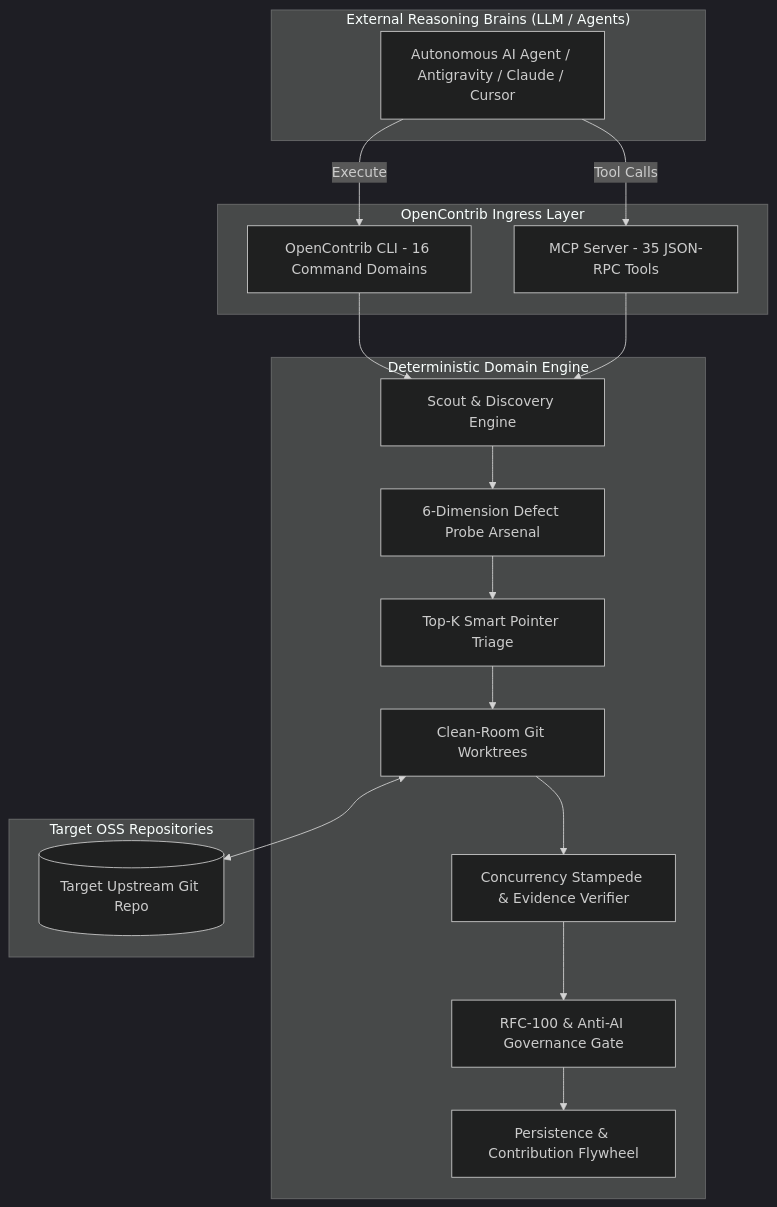
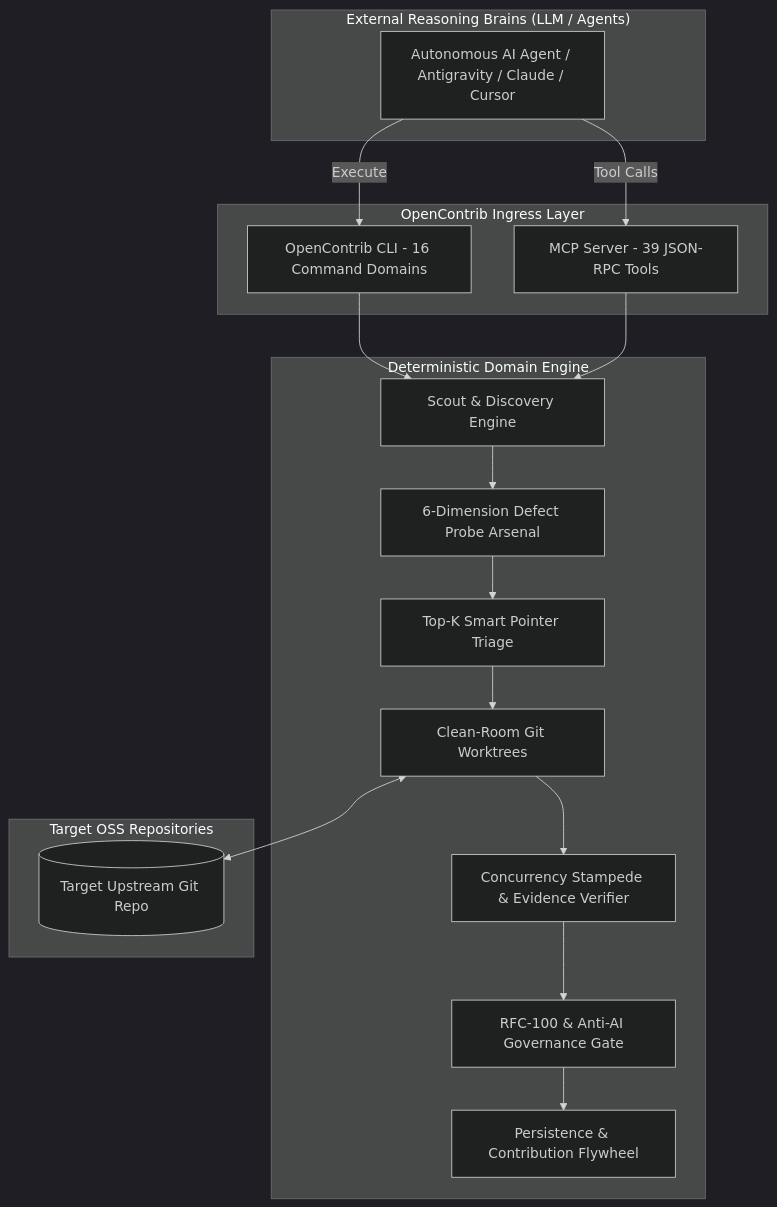
One commit to MeiSiristhebest/opencontrib changed the diagram in ARCHITECTURE.md. Above: the diagram before and after it, drawn with Mermaid (dark theme). The commit also changed 113 other files, not shown here.

````diff
--- a/ARCHITECTURE.md
+++ b/ARCHITECTURE.md
@@ -9,37 +9,37 @@
 ```mermaid
 graph TD
     subgraph "External Reasoning Brains (LLM / Agents)"
         Agent[Autonomous AI Agent / Antigravity / Claude / Cursor]
     end
 
     subgraph "OpenContrib Ingress Layer"
         CLI[OpenContrib CLI - 16 Command Domains]
-        MCP[MCP Server - 35 JSON-RPC Tools]
+        MCP[MCP Server - 39 JSON-RPC Tools]
     end
 
     subgraph "Deterministic Domain Engine"
         Discovery[Scout & Discovery Engine]
         Probe[6-Dimension Defect Probe Arsenal]
         Pointer[Top-K Smart Pointer Triage]
         Sandbox[Clean-Room Git Worktrees]
         Evidence[Concurrency Stampede & Evidence Verifier]
         Gov[RFC-100 & Anti-AI Governance Gate]
         Flywheel[Persistence & Contribution Flywheel]
     end
 
     subgraph "Target OSS Repositories"
         Repo[(Target Upstream Git Repo)]
     end
 
     Agent -->|Execute| CLI
     Agent -->|Tool Calls| MCP
     CLI --> Discovery
     MCP --> Discovery
     Discovery --> Probe
     Probe --> Pointer
     Pointer --> Sandbox
     Sandbox --> Evidence
     Evidence --> Gov
     Gov --> Flywheel
     Sandbox <--> Repo
 ```
````
